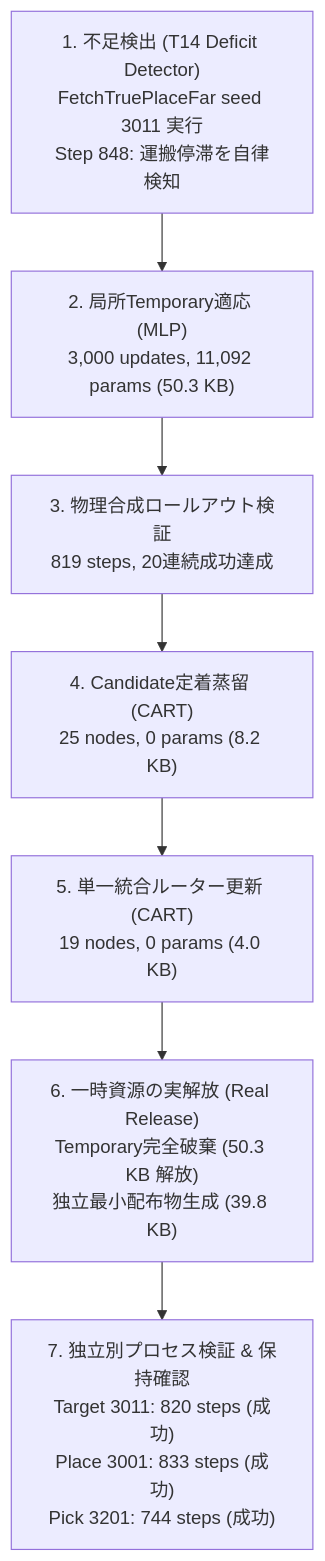
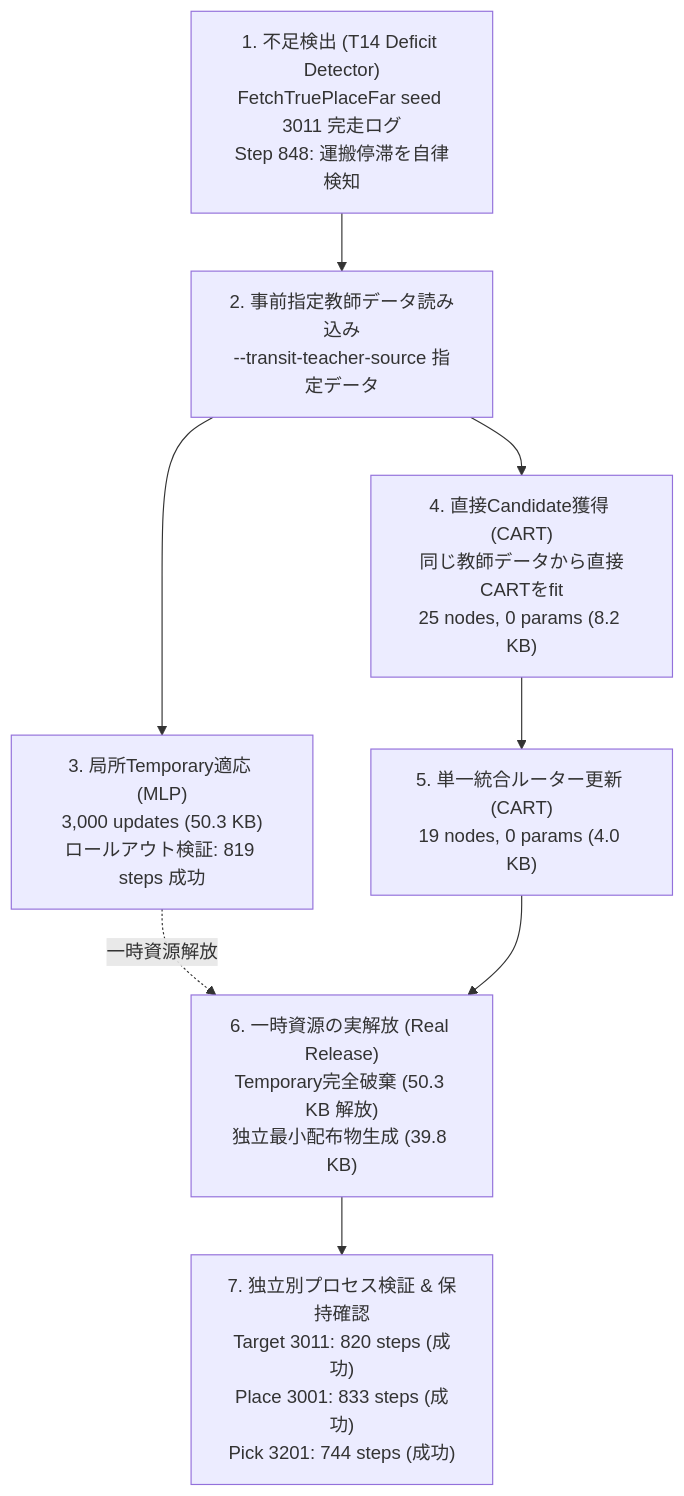
One commit to tamo314/ApcPrototypeStarter changed the diagram in experiments/maniskill/docs/AUTONOMOUS_LIFECYCLE_EVIDENCE.md. Above: the diagram before and after it, drawn with Mermaid. The commit also changed other lines of this file and 22 other files, not shown here.

````diff
--- a/experiments/maniskill/docs/AUTONOMOUS_LIFECYCLE_EVIDENCE.md
+++ b/experiments/maniskill/docs/AUTONOMOUS_LIFECYCLE_EVIDENCE.md
@@ -21,9 +23,10 @@
 ```mermaid
 flowchart TD
-    S1["1. 不足検出 (T14 Deficit Detector)<br/>FetchTruePlaceFar seed 3011 実行<br/>Step 848: 運搬停滞を自律検知"] --> S2["2. 局所Temporary適応 (MLP)<br/>3,000 updates, 11,092 params (50.3 KB)"]
-    S2 --> S3["3. 物理合成ロールアウト検証<br/>819 steps, 20連続成功達成"]
-    S3 --> S4["4. Candidate定着蒸留 (CART)<br/>25 nodes, 0 params (8.2 KB)"]
+    S1["1. 不足検出 (T14 Deficit Detector)<br/>FetchTruePlaceFar seed 3011 完走ログ<br/>Step 848: 運搬停滞を自律検知"] --> S2["2. 事前指定教師データ読み込み<br/>--transit-teacher-source 指定データ"]
+    S2 --> S3["3. 局所Temporary適応 (MLP)<br/>3,000 updates (50.3 KB)<br/>ロールアウト検証: 819 steps 成功"]
+    S2 --> S4["4. 直接Candidate獲得 (CART)<br/>同じ教師データから直接CARTをfit<br/>25 nodes, 0 params (8.2 KB)"]
     S4 --> S5["5. 単一統合ルーター更新 (CART)<br/>19 nodes, 0 params (4.0 KB)"]
-    S5 --> S6["6. 一時資源の実解放 (Real Release)<br/>Temporary完全破棄 (50.3 KB 解放)<br/>独立最小配布物生成 (39.8 KB)"]
+    S3 -.->|一時資源解放| S6["6. 一時資源の実解放 (Real Release)<br/>Temporary完全破棄 (50.3 KB 解放)<br/>独立最小配布物生成 (39.8 KB)"]
+    S5 --> S6
     S6 --> S7["7. 独立別プロセス検証 & 保持確認<br/>Target 3011: 820 steps (成功)<br/>Place 3001: 833 steps (成功)<br/>Pick 3201: 744 steps (成功)"]
 ```
````
